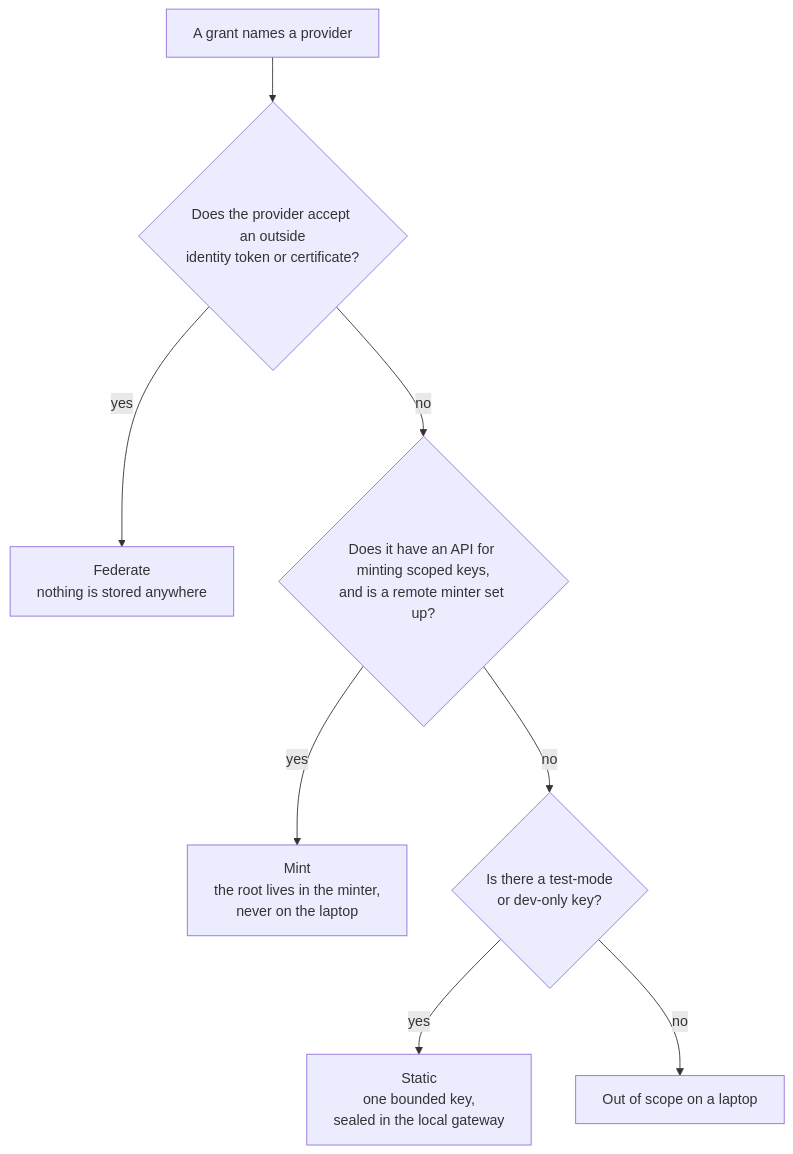
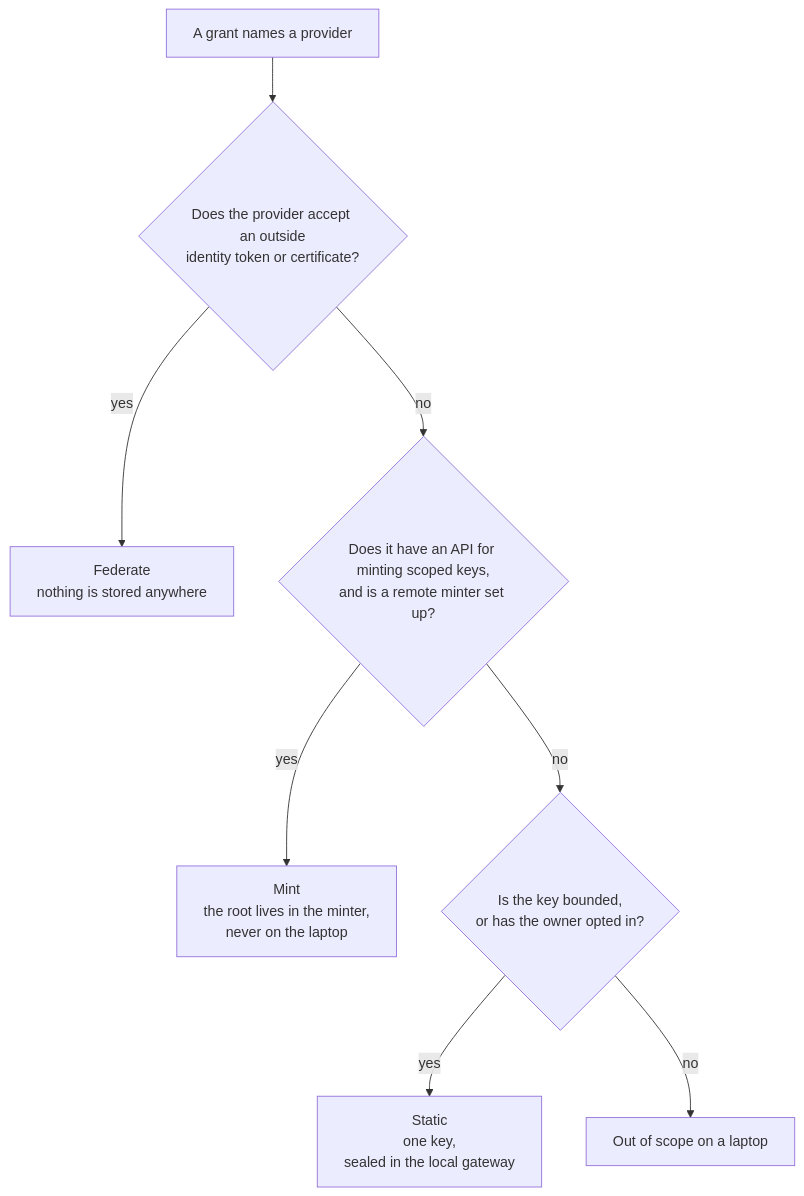
The first of 7 diagrams in doc/design.md (kirahowe/grants), drawn with Mermaid before and after one commit. The commit also changed other lines of this file and 1 other file, not shown here.

First line of the commit message:
Extend the design to static keys, app data and real deploys

````diff
--- a/doc/design.md
+++ b/doc/design.md
@@ -175,10 +249,10 @@
 ```mermaid
 flowchart TD
     G["A grant names a provider"] --> Q1{"Does the provider accept an outside<br/>identity token or certificate?"}
     Q1 -->|yes| F["Federate<br/>nothing is stored anywhere"]
     Q1 -->|no| Q2{"Does it have an API for minting scoped keys,<br/>and is a remote minter set up?"}
     Q2 -->|yes| M["Mint<br/>the root lives in the minter,<br/>never on the laptop"]
-    Q2 -->|no| Q3{"Is there a test-mode<br/>or dev-only key?"}
-    Q3 -->|yes| S["Static<br/>one bounded key,<br/>sealed in the local gateway"]
+    Q2 -->|no| Q3{"Is the key bounded,<br/>or has the owner opted in?"}
+    Q3 -->|yes| S["Static<br/>one key,<br/>sealed in the local gateway"]
     Q3 -->|no| X["Out of scope on a laptop"]
 ```
````
